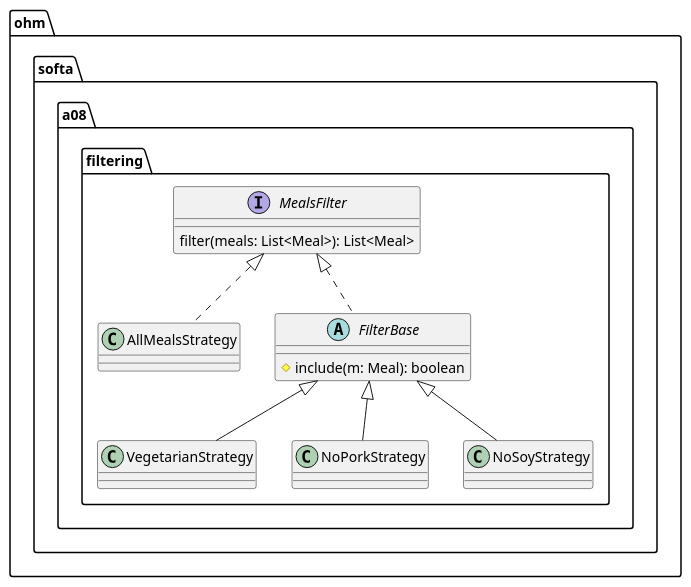
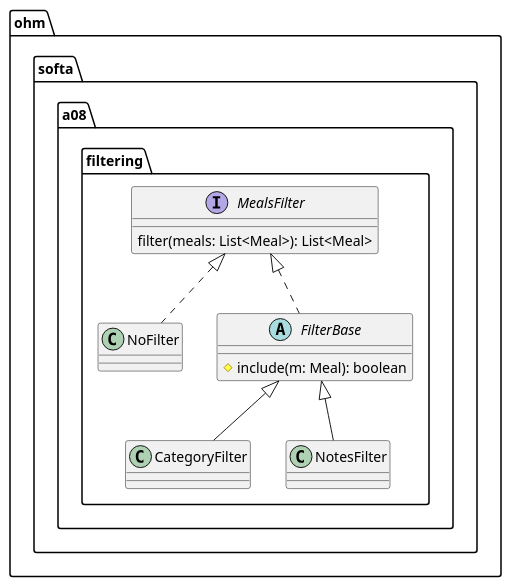
Before and after one commit to studium-nicog/softa-08-singleton-factory-strategy-jfx: the diagram in assets/uml/Filtering-Strategies.plantuml, drawn with PlantUML. The commit also changed 2 other files, not shown here.

```diff
--- a/assets/uml/Filtering-Strategies.plantuml
+++ b/assets/uml/Filtering-Strategies.plantuml
@@ -1,30 +1,26 @@
 @startuml FilteringStrategies
 
 package ohm.softa.a08.filtering {
 
     interface MealsFilter {
         filter(meals: List<Meal>): List<Meal>
     }
 
-    class AllMealsStrategy implements MealsFilter {
+    class NoFilter implements MealsFilter {
 
     }
 
     abstract class FilterBase implements MealsFilter {
         #include(m: Meal): boolean
     }
 
-    class VegetarianStrategy extends FilterBase {
+    class CategoryFilter extends FilterBase {
 
     }
 
-    class NoPorkStrategy extends FilterBase {
-
-    }
-
-    class NoSoyStrategy extends FilterBase {
+    class NotesFilter extends FilterBase {
 
     }
 }
 
 @enduml
```
